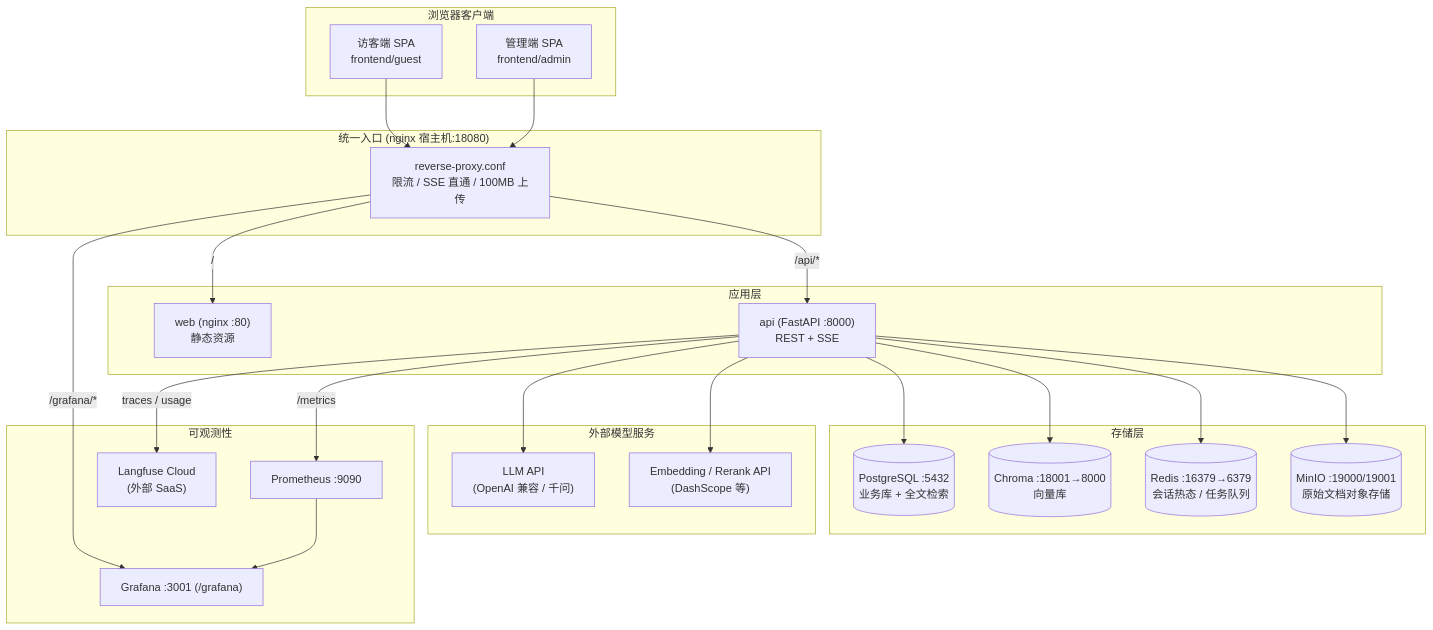
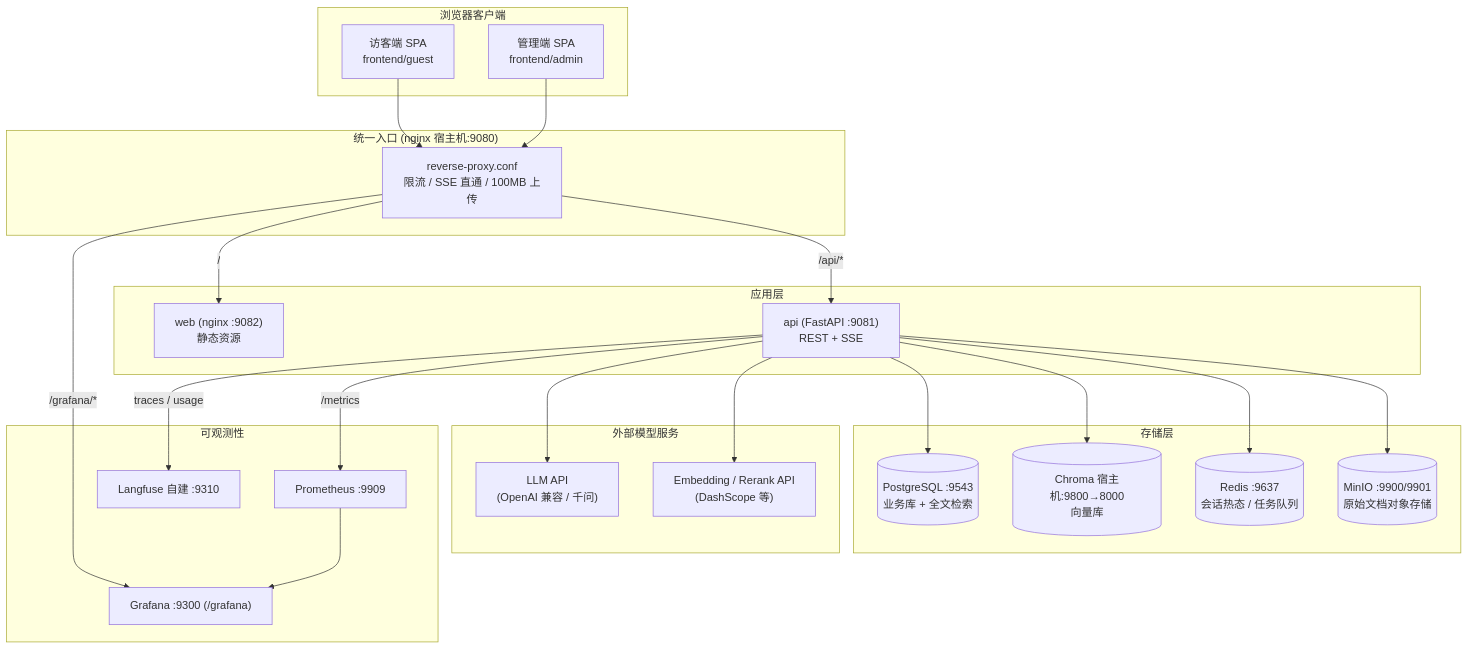
Before and after one commit to 9Z-jiuzhang/0716RAGPJ: the diagram in README.md, drawn with Mermaid. The commit also changed other lines of this file and 23 other files, not shown here.

````diff
--- a/README.md
+++ b/README.md
@@ -45,49 +45,49 @@
 ```mermaid
 flowchart TB
     subgraph Client["浏览器客户端"]
         Guest["访客端 SPA<br/>frontend/guest"]
         Admin["管理端 SPA<br/>frontend/admin"]
     end
 
-    subgraph Edge["统一入口 (nginx 宿主机:18080)"]
+    subgraph Edge["统一入口 (nginx 宿主机:9080)"]
         RP["reverse-proxy.conf<br/>限流 / SSE 直通 / 100MB 上传"]
     end
 
     subgraph App["应用层"]
-        WEB["web (nginx :80)<br/>静态资源"]
-        API["api (FastAPI :8000)<br/>REST + SSE"]
+        WEB["web (nginx :9082)<br/>静态资源"]
+        API["api (FastAPI :9081)<br/>REST + SSE"]
     end
 
     subgraph Storage["存储层"]
-        PG[("PostgreSQL :5432<br/>业务库 + 全文检索")]
-        CH[("Chroma :18001→8000<br/>向量库")]
-        RD[("Redis :16379→6379<br/>会话热态 / 任务队列")]
-        MO[("MinIO :19000/19001<br/>原始文档对象存储")]
+        PG[("PostgreSQL :9543<br/>业务库 + 全文检索")]
+        CH[("Chroma 宿主机:9800→8000<br/>向量库")]
+        RD[("Redis :9637<br/>会话热态 / 任务队列")]
+        MO[("MinIO :9900/9901<br/>原始文档对象存储")]
     end
 
     subgraph External["外部模型服务"]
         LLM["LLM API<br/>(OpenAI 兼容 / 千问)"]
         EMB["Embedding / Rerank API<br/>(DashScope 等)"]
     end
 
     subgraph Observ["可观测性"]
-        PROM["Prometheus :9090"]
-        GRAF["Grafana :3001 (/grafana)"]
-        LF["Langfuse Cloud<br/>(外部 SaaS)"]
+        PROM["Prometheus :9909"]
+        GRAF["Grafana :9300 (/grafana)"]
+        LF["Langfuse 自建 :9310"]
     end
 
     Guest --> RP
     Admin --> RP
     RP -->|/| WEB
     RP -->|/api/*| API
     RP -->|/grafana/*| GRAF
     API --> PG
     API --> CH
     API --> RD
     API --> MO
     API --> LLM
     API --> EMB
     API -->|/metrics| PROM
     API -->|traces / usage| LF
     PROM --> GRAF
 ```
````
